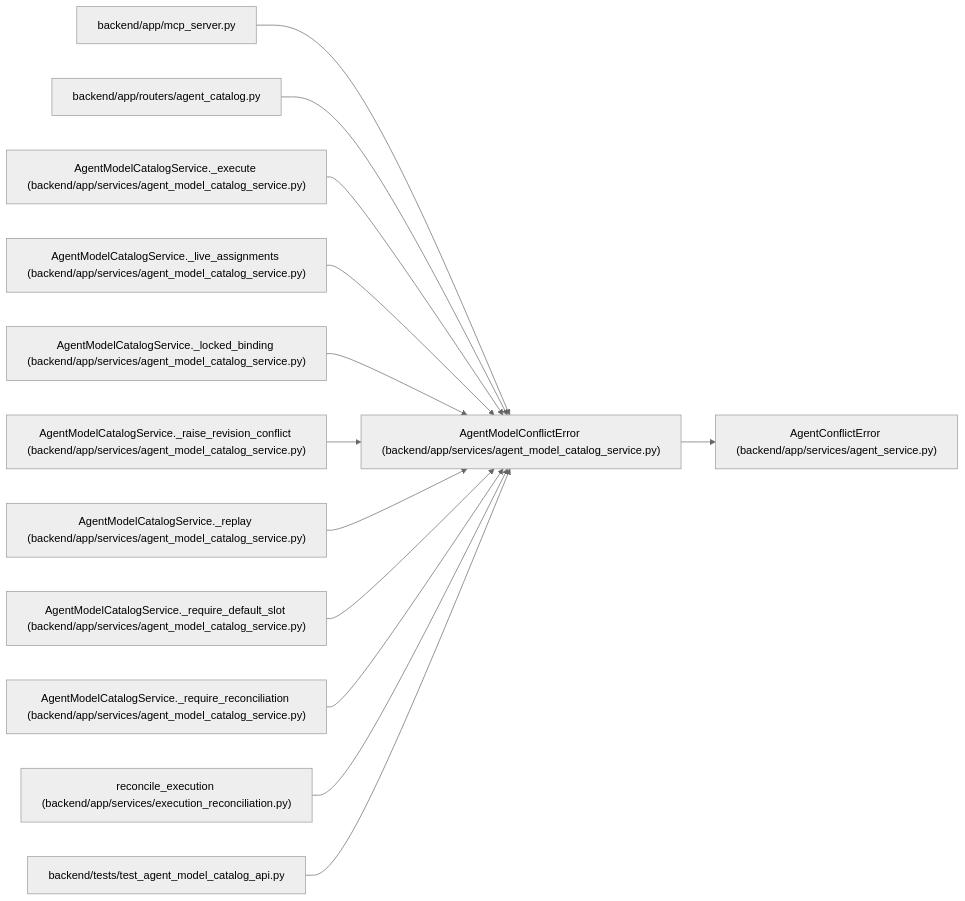
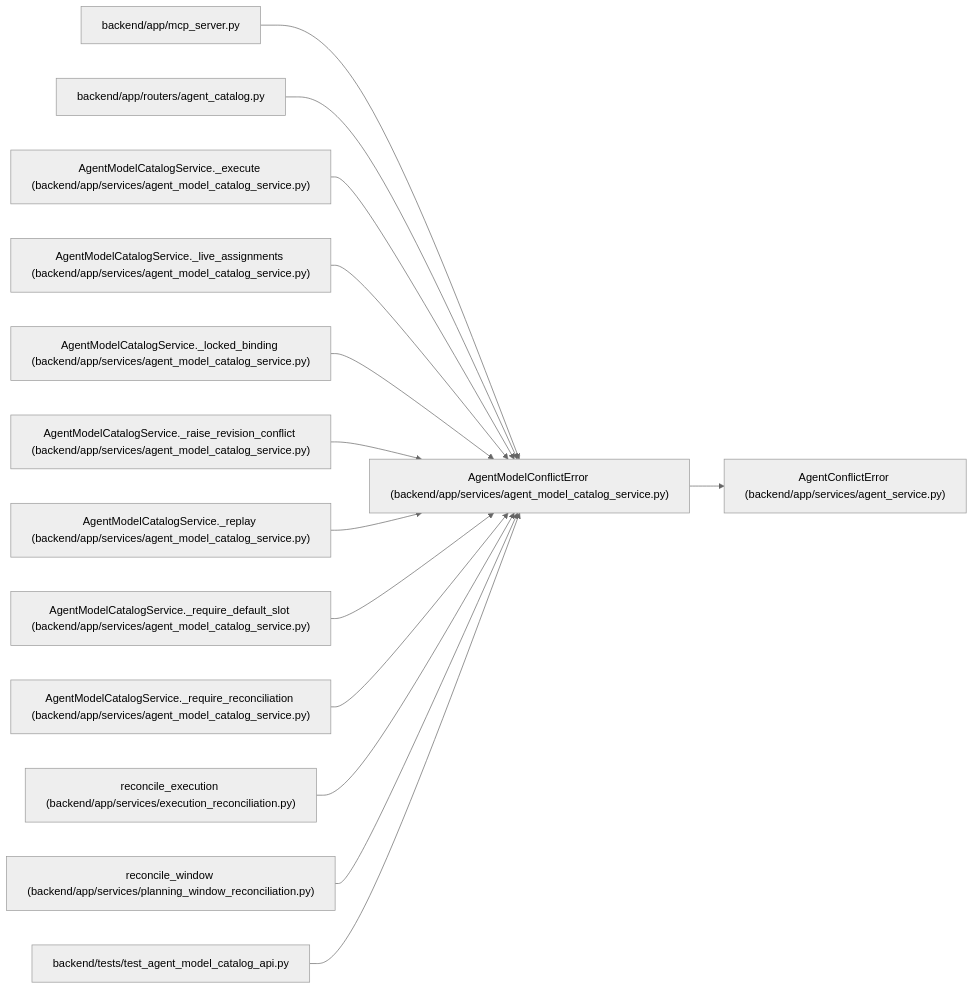
Before and after one commit to Denissvgn/WorkChord: the diagram in docs/llm_wiki/entities/AgentModelConflictError.md, drawn with Mermaid (neutral theme). The commit also changed other lines of this file and 868 other files, not shown here.

Commit message:
Document authenticated planning-window recovery and retained worker evidence

````diff
--- a/docs/llm_wiki/entities/AgentModelConflictError.md
+++ b/docs/llm_wiki/entities/AgentModelConflictError.md
@@ -26,41 +26,44 @@
 ```mermaid
 flowchart LR
     n0["AgentModelConflictError (backend/app/services/agent_model_catalog_service.py)"]
     n1["AgentConflictError (backend/app/services/agent_service.py)"]
     n2["backend/app/mcp_server.py"]
     n3["backend/app/routers/agent_catalog.py"]
     n4["AgentModelCatalogService._execute (backend/app/services/agent_model_catalog_service.py)"]
     n5["AgentModelCatalogService._live_assignments (backend/app/services/agent_model_catalog_service.py)"]
     n6["AgentModelCatalogService._locked_binding (backend/app/services/agent_model_catalog_service.py)"]
     n7["AgentModelCatalogService._raise_revision_conflict (backend/app/services/agent_model_catalog_service.py)"]
     n8["AgentModelCatalogService._replay (backend/app/services/agent_model_catalog_service.py)"]
     n9["AgentModelCatalogService._require_default_slot (backend/app/services/agent_model_catalog_service.py)"]
     n10["AgentModelCatalogService._require_reconciliation (backend/app/services/agent_model_catalog_service.py)"]
     n11["reconcile_execution (backend/app/services/execution_reconciliation.py)"]
-    n12["backend/tests/test_agent_model_catalog_api.py"]
+    n12["reconcile_window (backend/app/services/planning_window_reconciliation.py)"]
+    n13["backend/tests/test_agent_model_catalog_api.py"]
     n0 --> n1
     n2 --> n0
     n3 --> n0
     n4 --> n0
     n5 --> n0
     n6 --> n0
     n7 --> n0
     n8 --> n0
     n9 --> n0
     n10 --> n0
     n11 --> n0
     n12 --> n0
+    n13 --> n0
     click n0 "../modules/agent_model_catalog_service.md"
     click n1 "../modules/agent_service.md"
     click n2 "../modules/mcp_server.md"
     click n3 "../modules/agent_catalog.md"
     click n4 "../modules/agent_model_catalog_service.md"
     click n5 "../modules/agent_model_catalog_service.md"
     click n6 "../modules/agent_model_catalog_service.md"
     click n7 "../modules/agent_model_catalog_service.md"
     click n8 "../modules/agent_model_catalog_service.md"
     click n9 "../modules/agent_model_catalog_service.md"
     click n10 "../modules/agent_model_catalog_service.md"
     click n11 "../modules/execution_reconciliation.md"
-    click n12 "../modules/test_agent_model_catalog_api.md"
+    click n12 "../modules/planning_window_reconciliation.md"
+    click n13 "../modules/test_agent_model_catalog_api.md"
 ```
````
